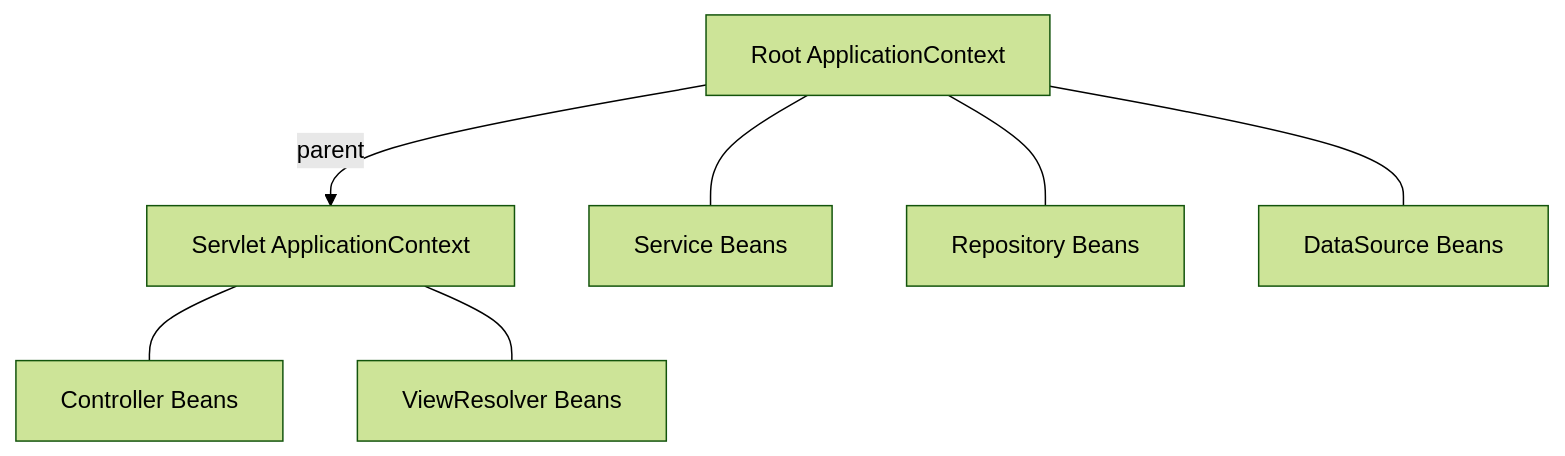
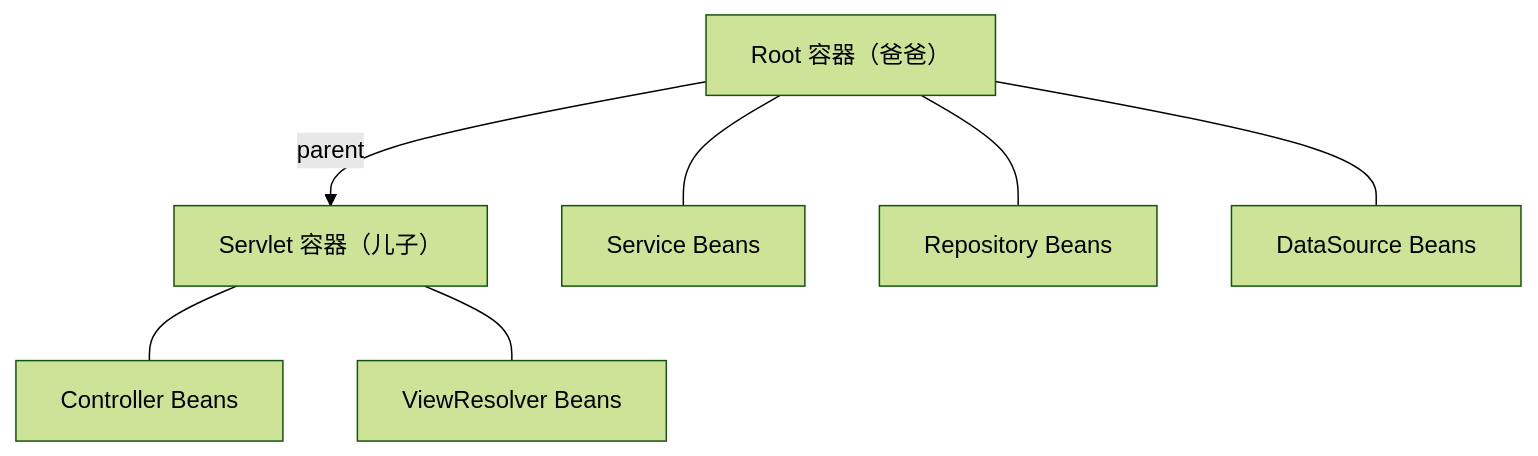
Before and after one commit to b1tzer/spring-world: the fourth of 4 diagrams in docs/01-spring-core/chapter-03-container.md, drawn with Mermaid (forest theme). The commit also changed other lines of this file and 3 other files, not shown here.

````diff
--- a/docs/01-spring-core/chapter-03-container.md
+++ b/docs/01-spring-core/chapter-03-container.md
@@ -343,9 +304,9 @@
 ```mermaid
 graph TD
-    A[Root ApplicationContext] -->|parent| B[Servlet ApplicationContext]
+    A["Root 容器（爸爸）"] -->|parent| B["Servlet 容器（儿子）"]
     A --- C[Service Beans]
     A --- D[Repository Beans]
     A --- E[DataSource Beans]
     B --- F[Controller Beans]
     B --- G[ViewResolver Beans]
 ```
````
